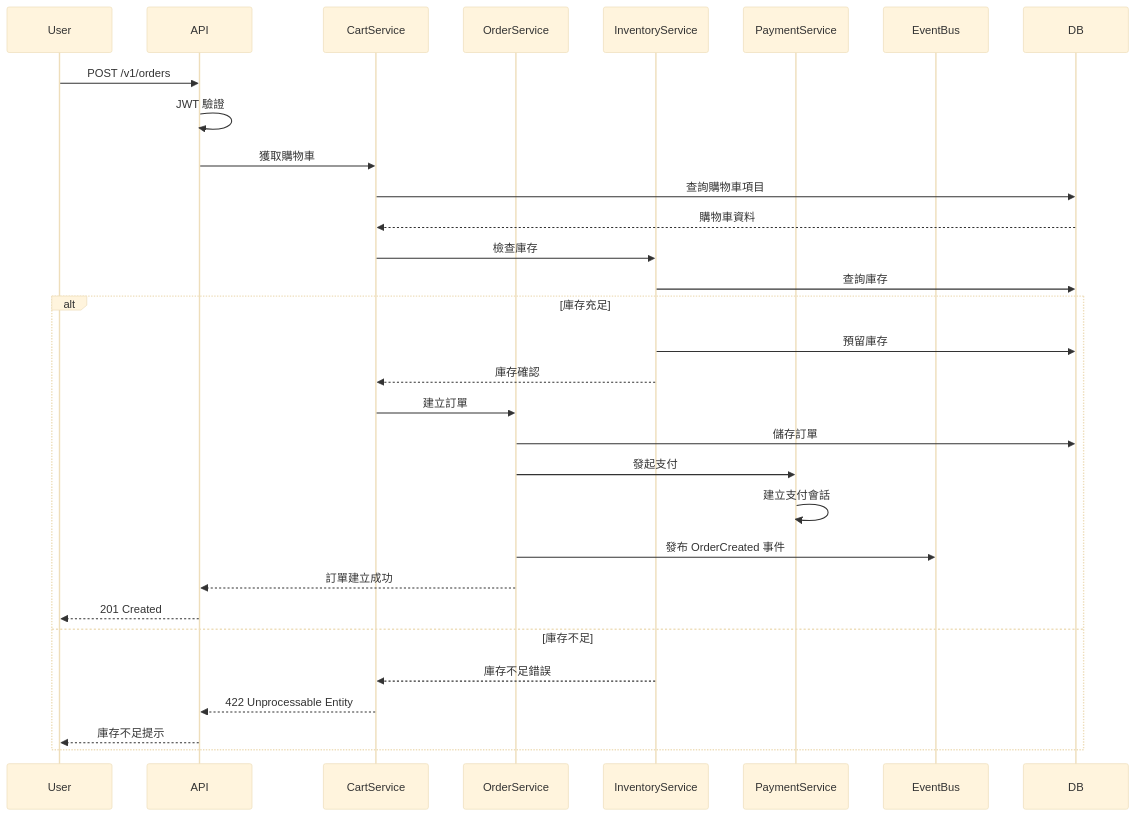
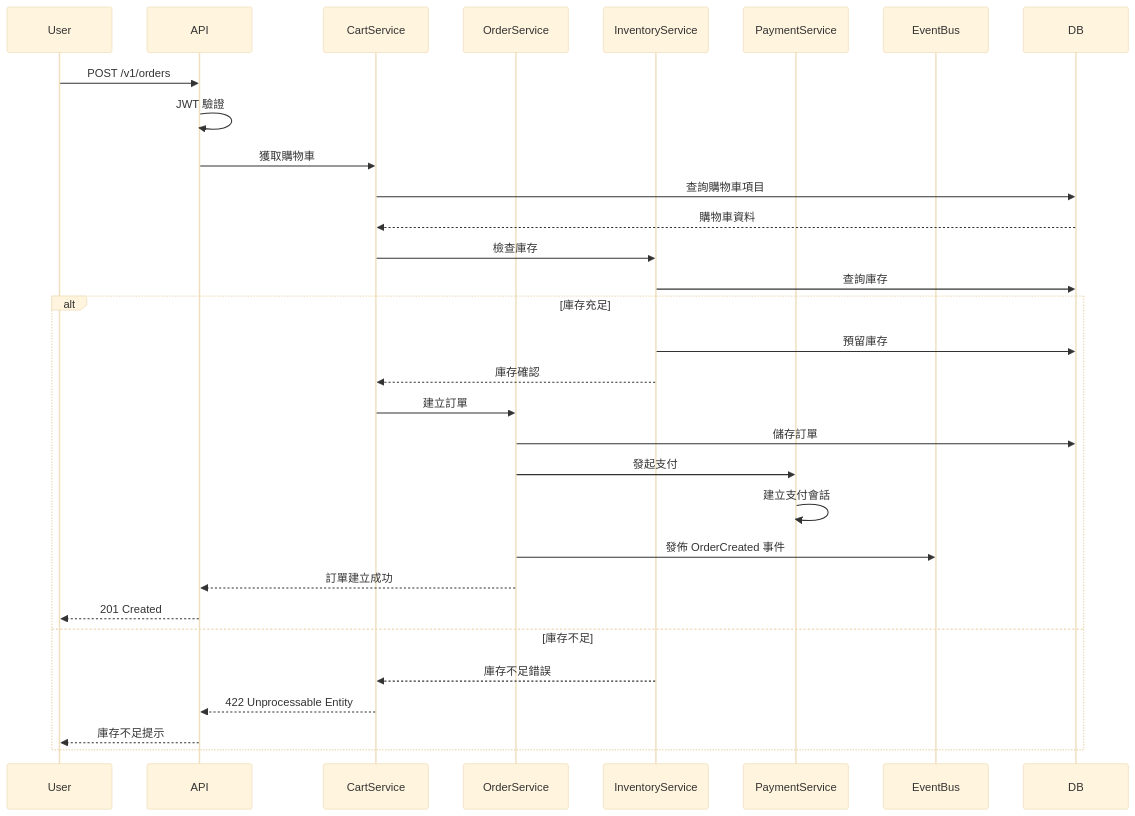
Before and after one commit to kehao-chen/fake-store-api: the third of 15 diagrams in docs/architecture/data-flow.md, drawn with Mermaid (base theme). The commit also changed other lines of this file and 16 other files, not shown here.

````diff
--- a/docs/architecture/data-flow.md
+++ b/docs/architecture/data-flow.md
@@ -97,39 +97,39 @@
 ```mermaid
 sequenceDiagram
     participant User
     participant API
     participant CartService
     participant OrderService
     participant InventoryService
     participant PaymentService
     participant EventBus
     participant DB
     
     User->>API: POST /v1/orders
     API->>API: JWT 驗證
     API->>CartService: 獲取購物車
     CartService->>DB: 查詢購物車項目
     DB-->>CartService: 購物車資料
     
     CartService->>InventoryService: 檢查庫存
     InventoryService->>DB: 查詢庫存
     
     alt 庫存充足
         InventoryService->>DB: 預留庫存
         InventoryService-->>CartService: 庫存確認
         
         CartService->>OrderService: 建立訂單
         OrderService->>DB: 儲存訂單
         
         OrderService->>PaymentService: 發起支付
         PaymentService->>PaymentService: 建立支付會話
         
-        OrderService->>EventBus: 發布 OrderCreated 事件
+        OrderService->>EventBus: 發佈 OrderCreated 事件
         OrderService-->>API: 訂單建立成功
         API-->>User: 201 Created
     else 庫存不足
         InventoryService-->>CartService: 庫存不足錯誤
         CartService-->>API: 422 Unprocessable Entity
         API-->>User: 庫存不足提示
     end
 ```
````
